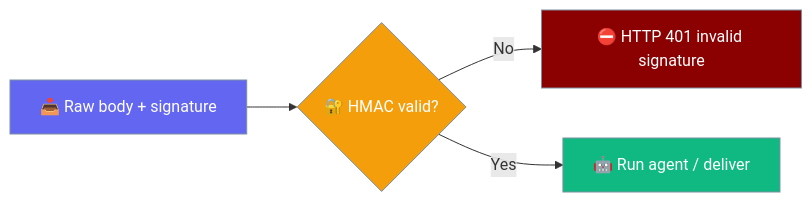
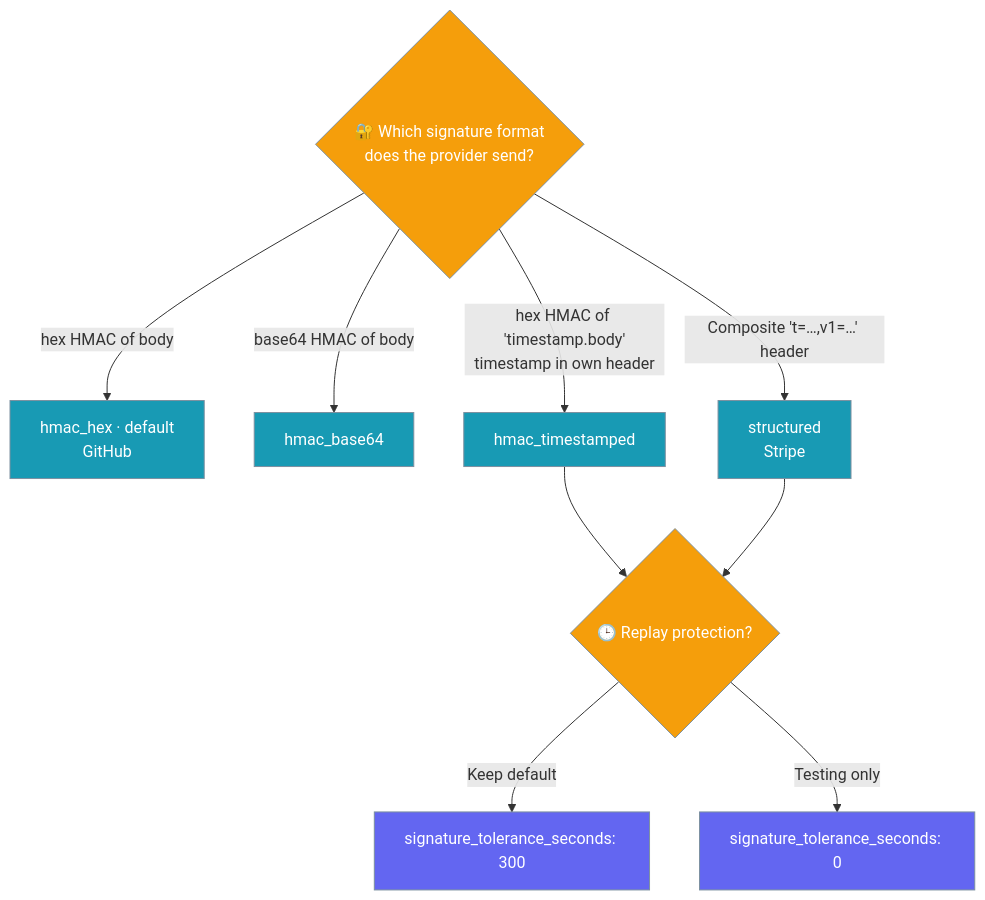
One commit to MervinPraison/PraisonAIDocs changed the eighth of 9 diagrams in docs/features/gateway-hooks.mdx. Above: the diagram before and after it, drawn with Mermaid. The commit also changed other lines of this file and 2 other files, not shown here.

Commit message:
docs: cover webhook signature schemes + replay window for gateway hooks (fixes #4615)

````diff
--- a/docs/features/gateway-hooks.mdx
+++ b/docs/features/gateway-hooks.mdx
@@ -658,16 +665,20 @@
 ```mermaid
-graph LR
-    R[📥 Raw body + signature] --> V{🔐 HMAC valid?}
-    V -->|No| X[⛔ HTTP 401 invalid signature]
-    V -->|Yes| A[🤖 Run agent / deliver]
+graph TB
+    Q{🔐 Which signature format<br/>does the provider send?}
+    Q -->|hex HMAC of body| H[hmac_hex · default<br/>GitHub]
+    Q -->|base64 HMAC of body| B[hmac_base64]
+    Q -->|hex HMAC of 'timestamp.body'<br/>timestamp in own header| T[hmac_timestamped]
+    Q -->|Composite 't=…,v1=…' header| S[structured<br/>Stripe]
+    T --> R{🕒 Replay protection?}
+    S --> R
+    R -->|Keep default| On[signature_tolerance_seconds: 300]
+    R -->|Testing only| Off[signature_tolerance_seconds: 0]
 
-    classDef input fill:#6366F1,stroke:#7C90A0,color:#fff
-    classDef check fill:#F59E0B,stroke:#7C90A0,color:#fff
-    classDef reject fill:#8B0000,stroke:#7C90A0,color:#fff
-    classDef ok fill:#10B981,stroke:#7C90A0,color:#fff
+    classDef decision fill:#F59E0B,stroke:#7C90A0,color:#fff
+    classDef scheme fill:#189AB4,stroke:#7C90A0,color:#fff
+    classDef config fill:#6366F1,stroke:#7C90A0,color:#fff
 
-    class R input
-    class V check
-    class X reject
-    class A ok
+    class Q,R decision
+    class H,B,T,S scheme
+    class On,Off config
 ```
````
